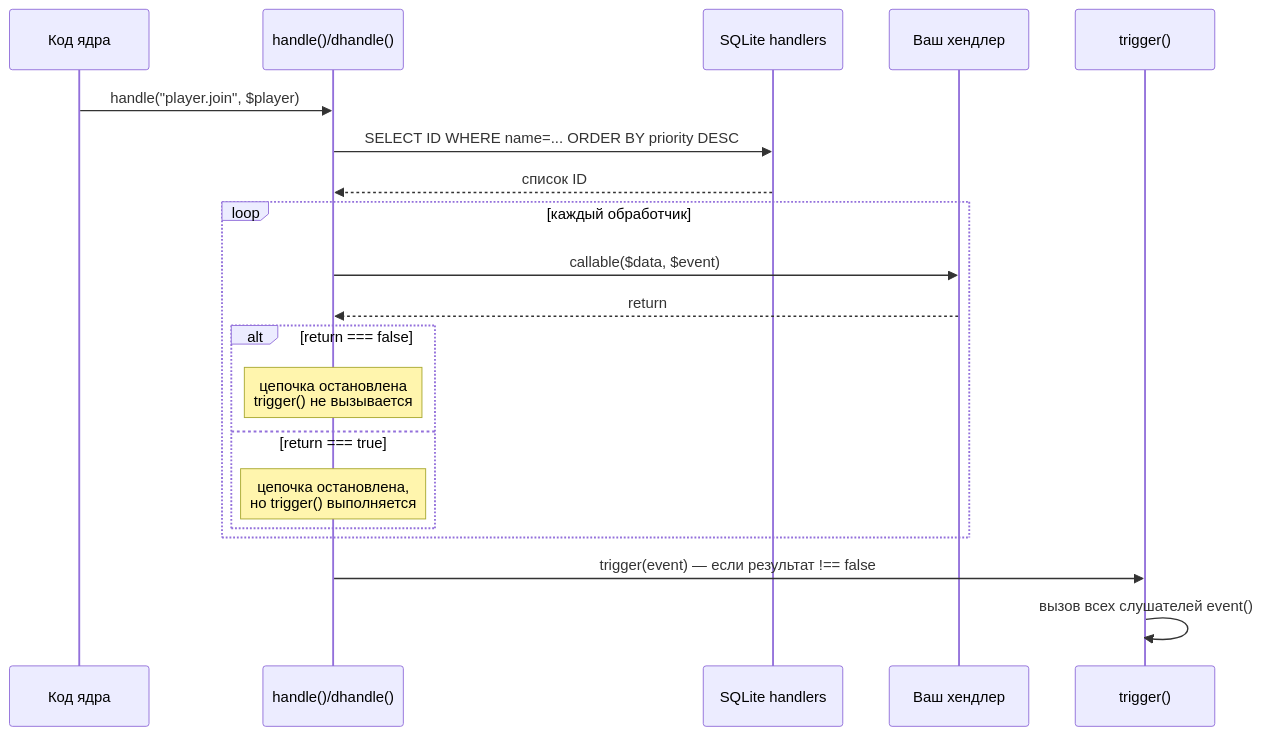
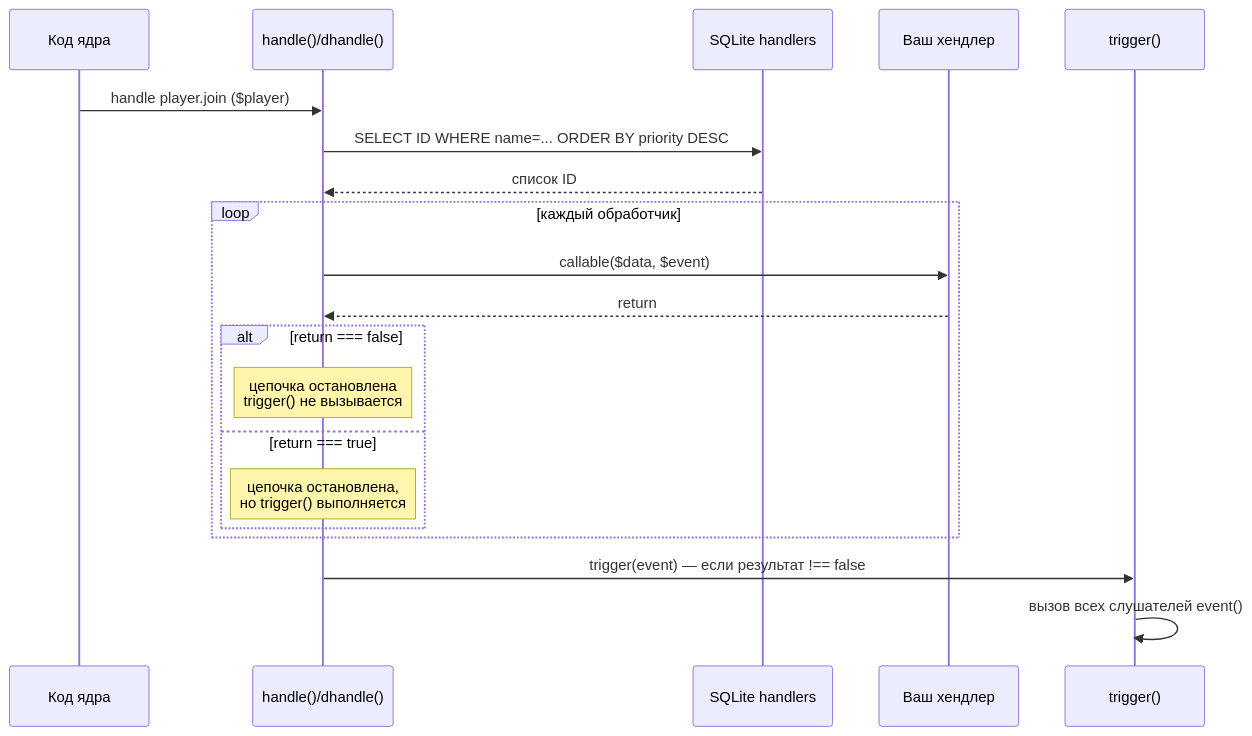
The first of 4 diagrams in docs/04-events-hooks.md (MineDg2665/WorldPECore), drawn with Mermaid before and after one commit. The commit also changed 2 other files, not shown here.

````diff
--- a/docs/04-events-hooks.md
+++ b/docs/04-events-hooks.md
@@ -29,23 +29,23 @@
 ```mermaid
 sequenceDiagram
     participant Core as Код ядра
     participant H as handle()/dhandle()
     participant SQL as SQLite handlers
     participant P as Ваш хендлер
     participant T as trigger()
 
-    Core->>H: handle("player.join", $player)
+    Core->>H: handle player.join ($player)
     H->>SQL: SELECT ID WHERE name=... ORDER BY priority DESC
     SQL-->>H: список ID
     loop каждый обработчик
         H->>P: callable($data, $event)
         P-->>H: return
         alt return === false
             Note over H: цепочка остановлена<br/>trigger() не вызывается
         else return === true
             Note over H: цепочка остановлена,<br/>но trigger() выполняется
         end
     end
     H->>T: trigger(event) — если результат !== false
     T->>T: вызов всех слушателей event()
 ```
````
